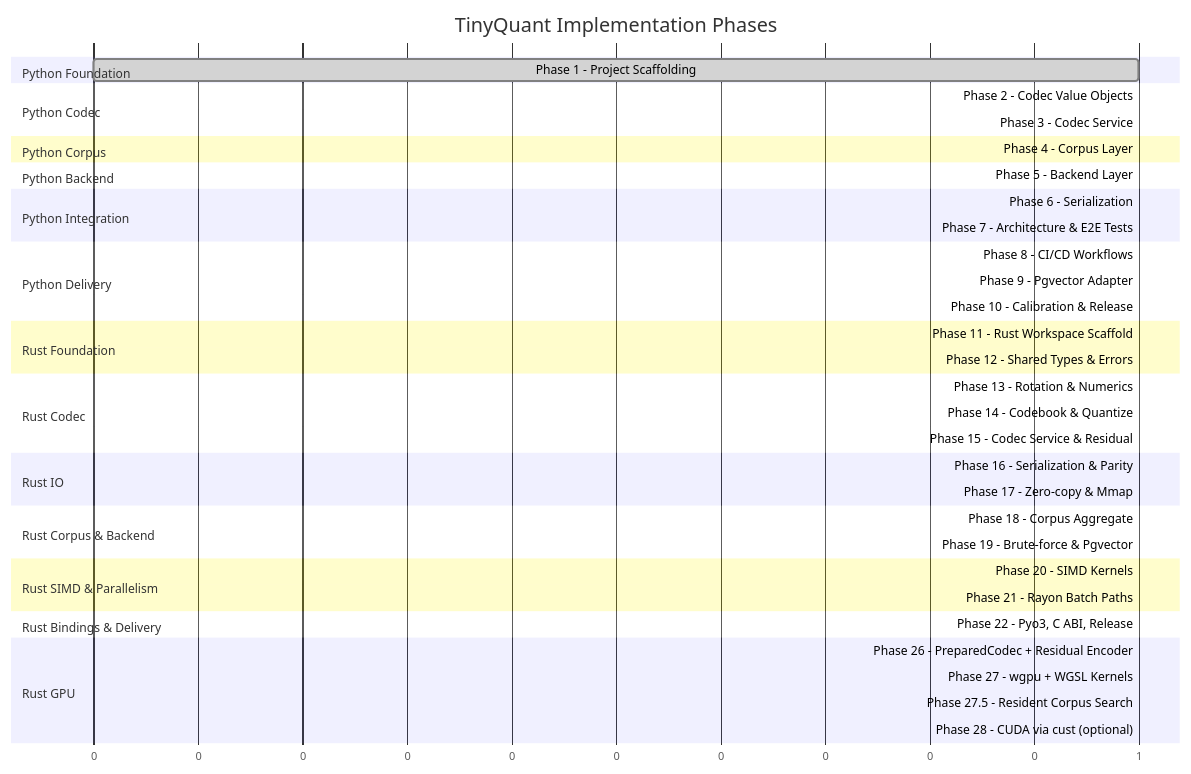
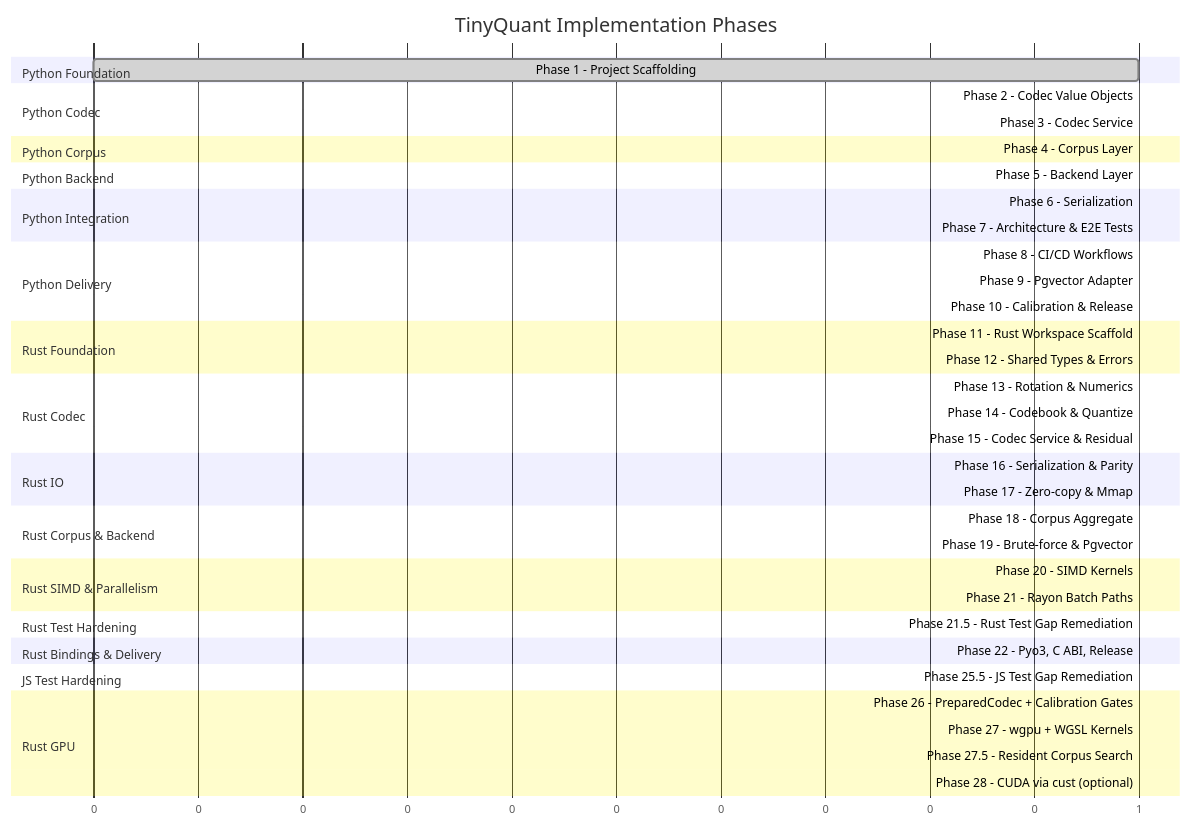
Before and after one commit to better-with-models/TinyQuant: the diagram in docs/roadmap.md, drawn with Mermaid. The commit also changed other lines of this file and 1 other file, not shown here.

First line of the commit message:
docs(roadmap): add phases 21.5 and 25.5 to close all testing gaps

````diff
--- a/docs/roadmap.md
+++ b/docs/roadmap.md
@@ -26,45 +26,49 @@
 ```mermaid
 gantt
     title TinyQuant Implementation Phases
     dateFormat X
     axisFormat %s
     section Python Foundation
         Phase 1 - Project Scaffolding       :done, p1, 0, 1
     section Python Codec
         Phase 2 - Codec Value Objects       :done, p2, after p1, 1
         Phase 3 - Codec Service             :done, p3, after p2, 1
     section Python Corpus
         Phase 4 - Corpus Layer              :done, p4, after p3, 1
     section Python Backend
         Phase 5 - Backend Layer             :done, p5, after p4, 1
     section Python Integration
         Phase 6 - Serialization             :done, p6, after p5, 1
         Phase 7 - Architecture & E2E Tests  :done, p7, after p6, 1
     section Python Delivery
         Phase 8 - CI/CD Workflows           :done, p8, after p7, 1
         Phase 9 - Pgvector Adapter          :done, p9, after p8, 1
         Phase 10 - Calibration & Release    :done, p10, after p9, 1
     section Rust Foundation
         Phase 11 - Rust Workspace Scaffold  :done, p11, after p10, 1
         Phase 12 - Shared Types & Errors    :done, p12, after p11, 1
     section Rust Codec
         Phase 13 - Rotation & Numerics      :p13, after p12, 1
         Phase 14 - Codebook & Quantize      :p14, after p13, 1
         Phase 15 - Codec Service & Residual :p15, after p14, 1
     section Rust IO
         Phase 16 - Serialization & Parity   :p16, after p15, 1
         Phase 17 - Zero-copy & Mmap         :p17, after p16, 1
     section Rust Corpus & Backend
         Phase 18 - Corpus Aggregate         :p18, after p17, 1
         Phase 19 - Brute-force & Pgvector   :p19, after p18, 1
     section Rust SIMD & Parallelism
         Phase 20 - SIMD Kernels             :p20, after p19, 1
         Phase 21 - Rayon Batch Paths        :p21, after p20, 1
+    section Rust Test Hardening
+        Phase 21.5 - Rust Test Gap Remediation :p215, after p21, 1
     section Rust Bindings & Delivery
-        Phase 22 - Pyo3, C ABI, Release     :p22, after p21, 1
+        Phase 22 - Pyo3, C ABI, Release     :p22, after p215, 1
+    section JS Test Hardening
+        Phase 25.5 - JS Test Gap Remediation :p255, after p22, 1
     section Rust GPU
-        Phase 26 - PreparedCodec + Residual Encoder :p26, after p22, 1
+        Phase 26 - PreparedCodec + Calibration Gates :p26, after p255, 1
         Phase 27 - wgpu + WGSL Kernels      :p27, after p26, 1
         Phase 27.5 - Resident Corpus Search :p275, after p27, 1
         Phase 28 - CUDA via cust (optional) :p28, after p275, 1
 ```
````
